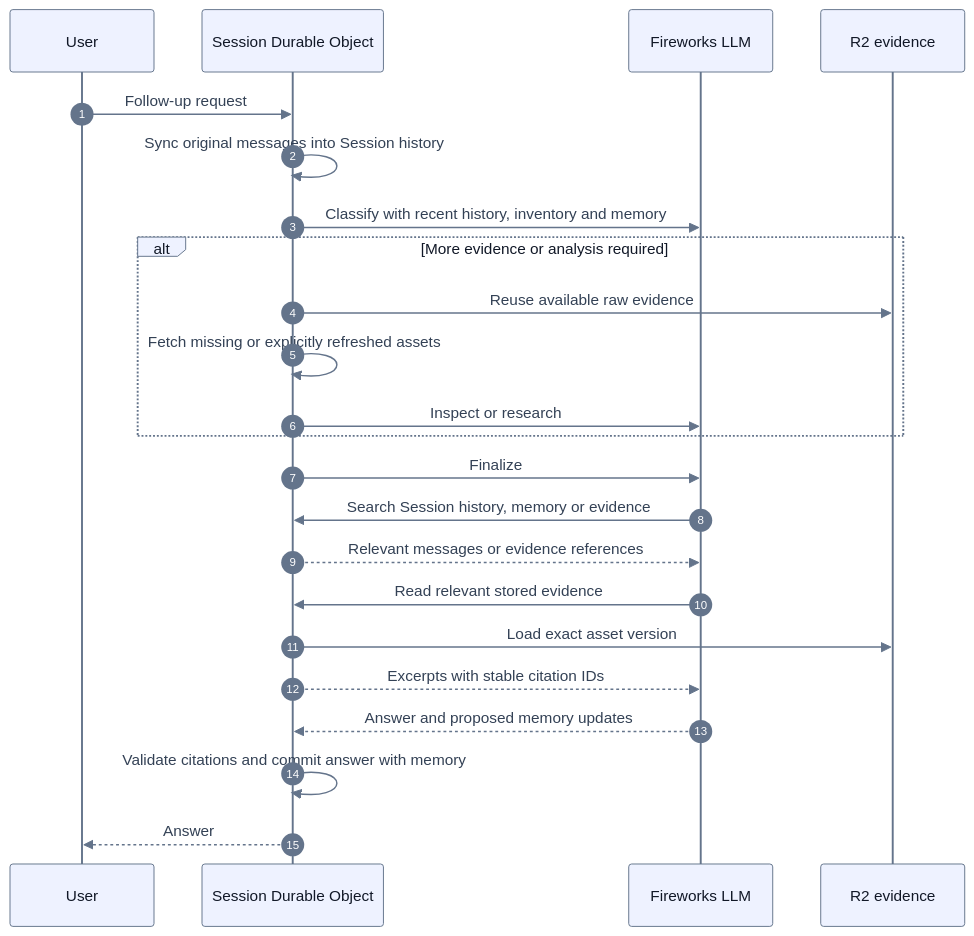
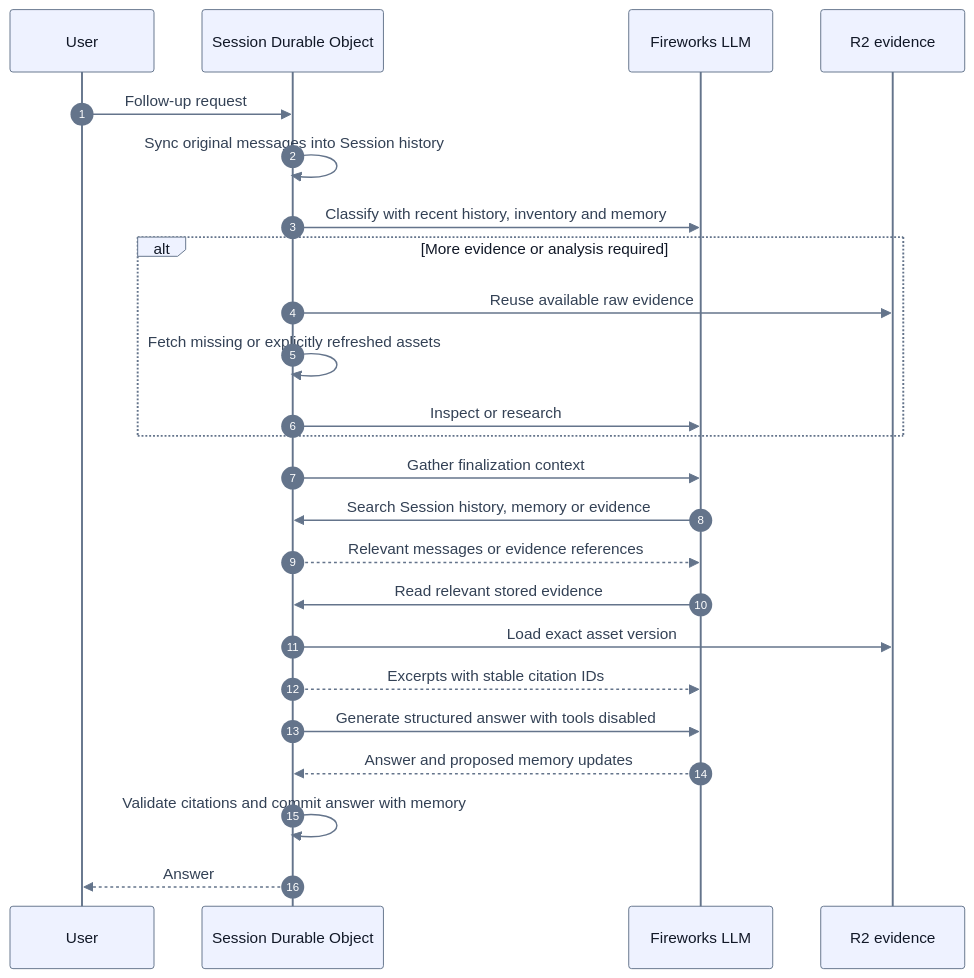
Before and after one commit to devhims/video2ctx: the diagram in reference/engineering/SESSION_EVIDENCE.md, drawn with Mermaid. The commit also changed other lines of this file and 15 other files, not shown here.

````diff
--- a/reference/engineering/SESSION_EVIDENCE.md
+++ b/reference/engineering/SESSION_EVIDENCE.md
@@ -13,26 +14,27 @@
 ```mermaid
 %%{init: {'theme':'base','themeVariables':{'primaryColor':'#eef2ff','primaryTextColor':'#111827','primaryBorderColor':'#64748b','actorBkg':'#eef2ff','actorTextColor':'#111827','signalColor':'#64748b','signalTextColor':'#334155','labelBoxBkgColor':'#eef2ff','labelTextColor':'#111827','sequenceNumberColor':'#ffffff'}}}%%
 sequenceDiagram
     autonumber
     participant User
     participant App as Session Durable Object
     participant Model as Fireworks LLM
     participant Store as R2 evidence
     User->>App: Follow-up request
     App->>App: Sync original messages into Session history
     App->>Model: Classify with recent history, inventory and memory
     alt More evidence or analysis required
         App->>Store: Reuse available raw evidence
         App->>App: Fetch missing or explicitly refreshed assets
         App->>Model: Inspect or research
     end
-    App->>Model: Finalize
+    App->>Model: Gather finalization context
     Model->>App: Search Session history, memory or evidence
     App-->>Model: Relevant messages or evidence references
     Model->>App: Read relevant stored evidence
     App->>Store: Load exact asset version
     App-->>Model: Excerpts with stable citation IDs
+    App->>Model: Generate structured answer with tools disabled
     Model-->>App: Answer and proposed memory updates
     App->>App: Validate citations and commit answer with memory
     App-->>User: Answer
 ```
````
